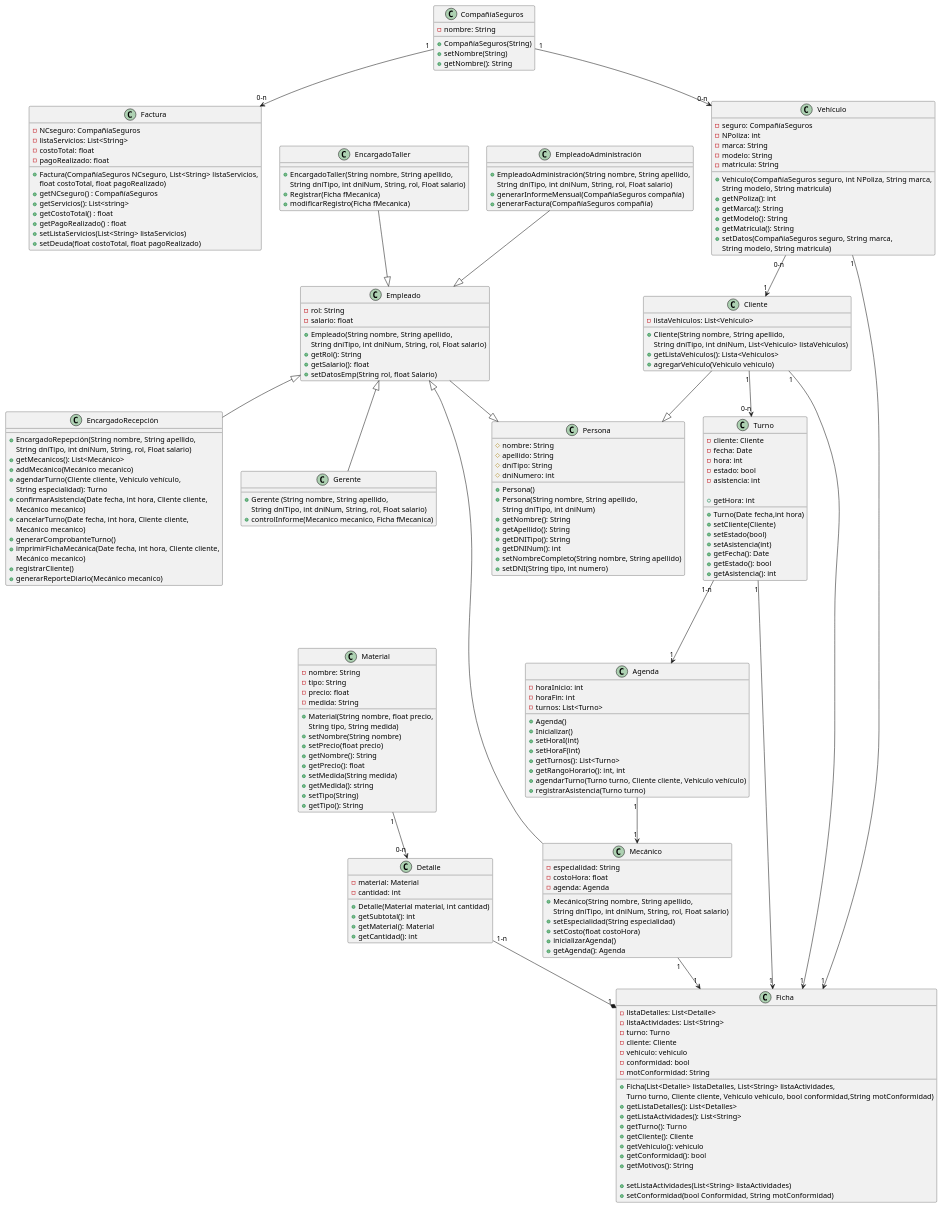
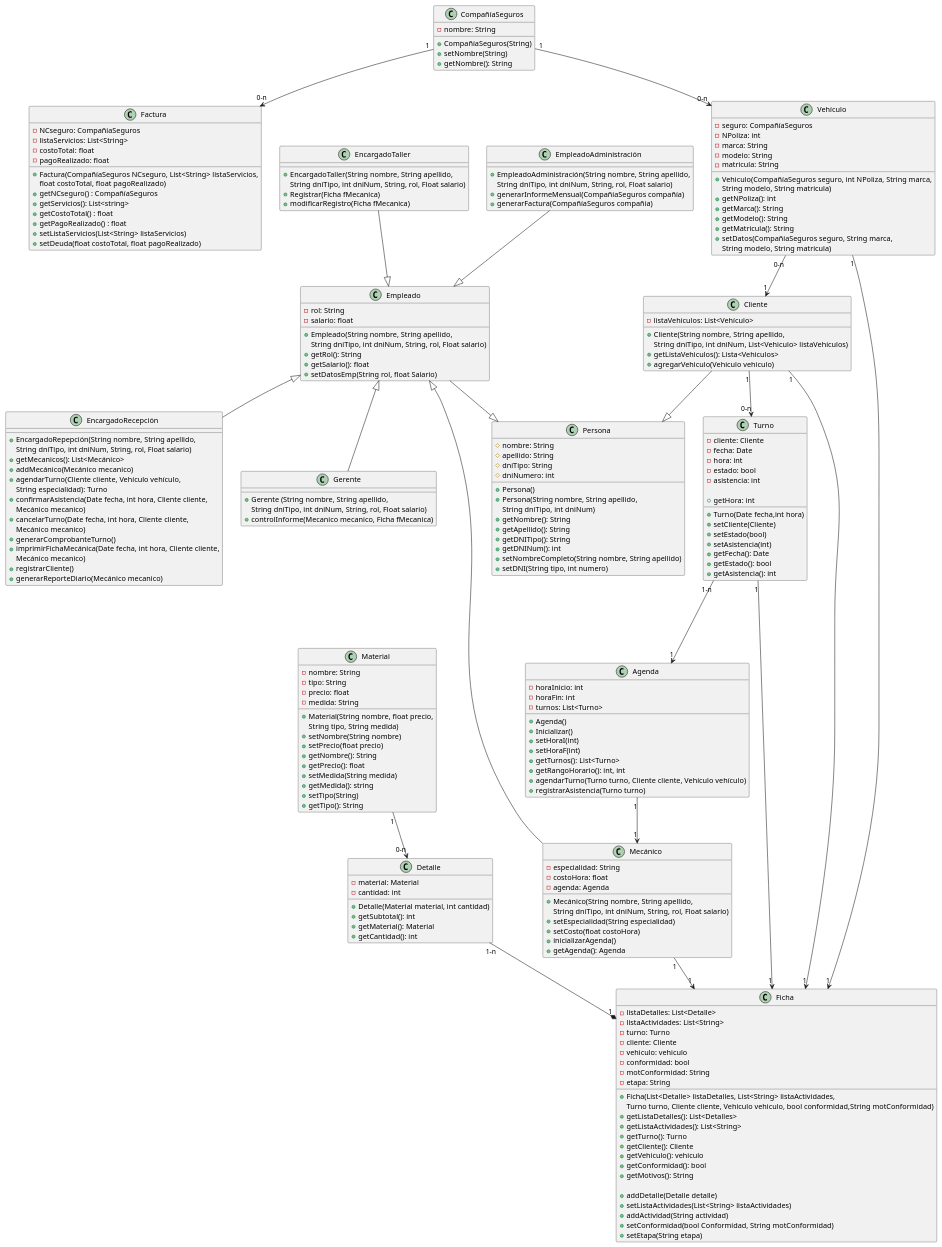
One commit to MatiasCermak/tp-integrador-doo changed the diagram in UML/Diagrama_de_Clases.puml. Above: the diagram before and after it, drawn with PlantUML. The commit also changed 1 other file, not shown here.

Commit message:
Creado Diagrama Estado Clase Ficha

```diff
--- a/UML/Diagrama_de_Clases.puml
+++ b/UML/Diagrama_de_Clases.puml
@@ -148,6 +148,7 @@
     - vehiculo: vehiculo
     - conformidad: bool
     - motConformidad: String
+    - etapa: String
 
     + Ficha(List<Detalle> listaDetalles, List<String> listaActividades, 
             Turno turno, Cliente cliente, Vehiculo vehiculo, bool conformidad,String motConformidad)
@@ -159,8 +160,11 @@
     + getConformidad(): bool
     + getMotivos(): String
 
+    + addDetalle(Detalle detalle)
     + setListaActividades(List<String> listaActividades)
+    + addActividad(String actividad)
     + setConformidad(bool Conformidad, String motConformidad)
+    + setEtapa(String etapa)
 }
 
 class Vehículo{
```
